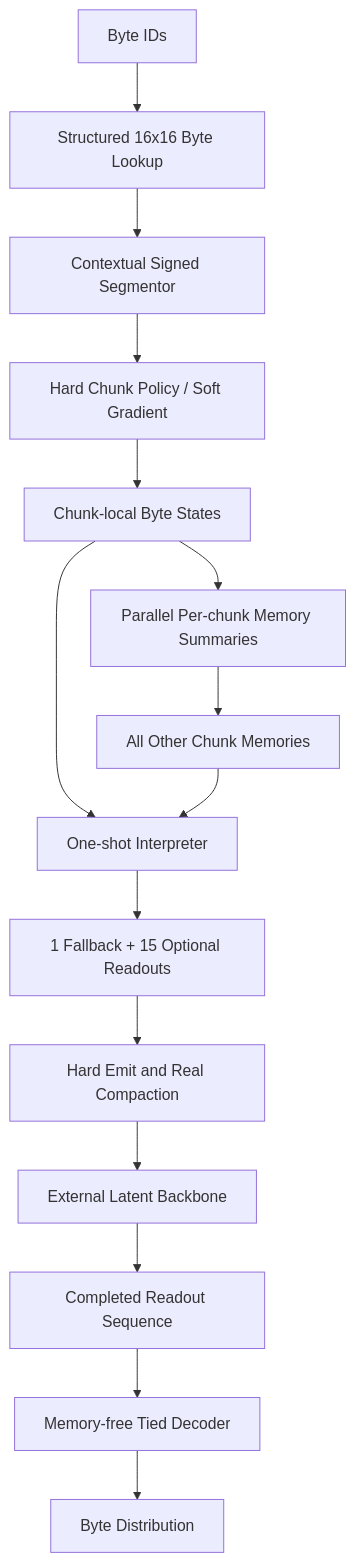
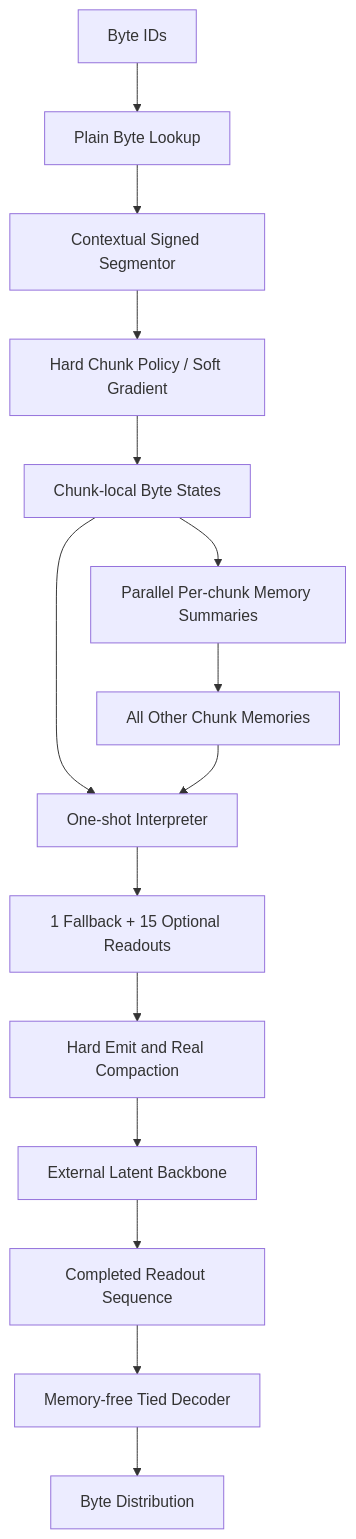
One commit to wdd9700/FLUED changed the diagram in README.md. Above: the diagram before and after it, drawn with Mermaid. The commit also changed other lines of this file and 1 other file, not shown here.

````diff
--- a/README.md
+++ b/README.md
@@ -149,17 +157,17 @@
 ```mermaid
 flowchart TD
-    A["Byte IDs"] --> B["Structured 16x16 Byte Lookup"]
+    A["Byte IDs"] --> B["Plain Byte Lookup"]
     B --> C["Contextual Signed Segmentor"]
     C --> D["Hard Chunk Policy / Soft Gradient"]
     D --> E["Chunk-local Byte States"]
     E --> M["Parallel Per-chunk Memory Summaries"]
     E --> F["One-shot Interpreter"]
     M --> X["All Other Chunk Memories"]
     X --> F
     F --> R["1 Fallback + 15 Optional Readouts"]
     R --> G["Hard Emit and Real Compaction"]
     G --> H["External Latent Backbone"]
     H --> I["Completed Readout Sequence"]
     I --> J["Memory-free Tied Decoder"]
     J --> K["Byte Distribution"]
 ```
````
